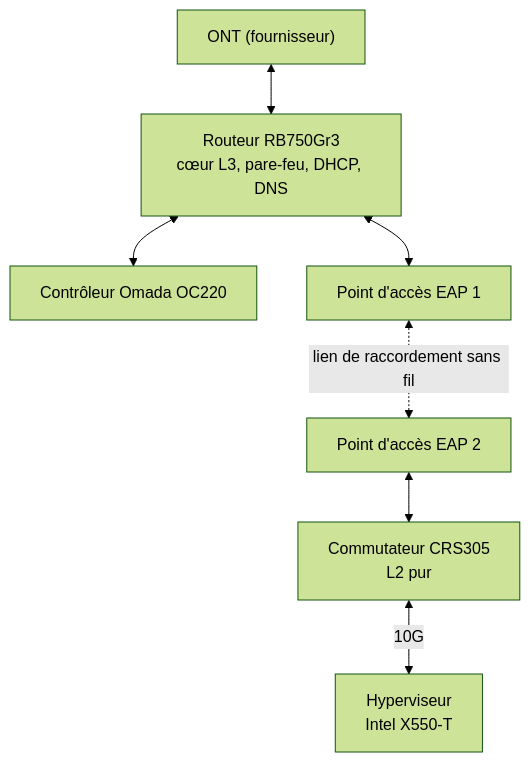
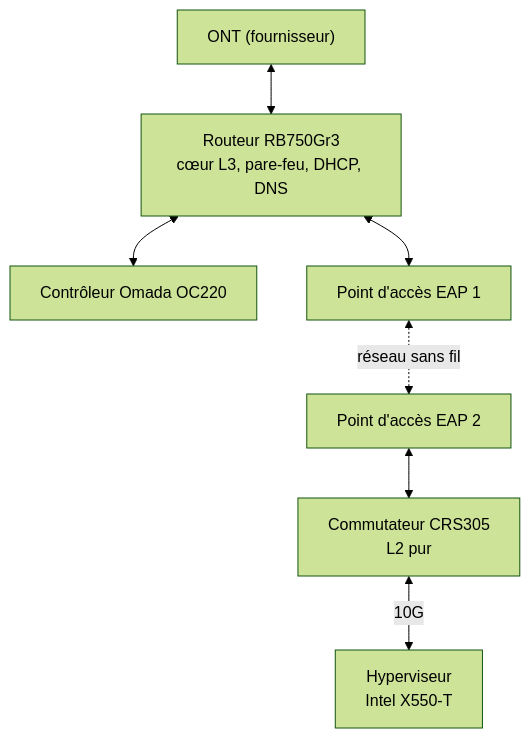
The first of 2 diagrams in mikrotik_inter-vlan/README.md (J0sh0909/small-projects), drawn with Mermaid (forest theme) before and after one commit. The commit also changed other lines of this file, not shown here.

````diff
--- a/mikrotik_inter-vlan/README.md
+++ b/mikrotik_inter-vlan/README.md
@@ -17,9 +17,9 @@
 ```mermaid
 graph TD
     ONT["ONT (fournisseur)"] <--> ROUTER["Routeur RB750Gr3<br/>cœur L3, pare-feu, DHCP, DNS"]
     ROUTER <--> CTRL["Contrôleur Omada OC220"]
     ROUTER <--> AP1["Point d'accès EAP 1"]
-    AP1 <-. lien de raccordement sans fil .-> AP2["Point d'accès EAP 2"]
+    AP1 <-. réseau sans fil .-> AP2["Point d'accès EAP 2"]
     AP2 <--> SWITCH["Commutateur CRS305<br/>L2 pur"]
     SWITCH <-- 10G --> HV["Hyperviseur<br/>Intel X550-T"]
 ```
````
